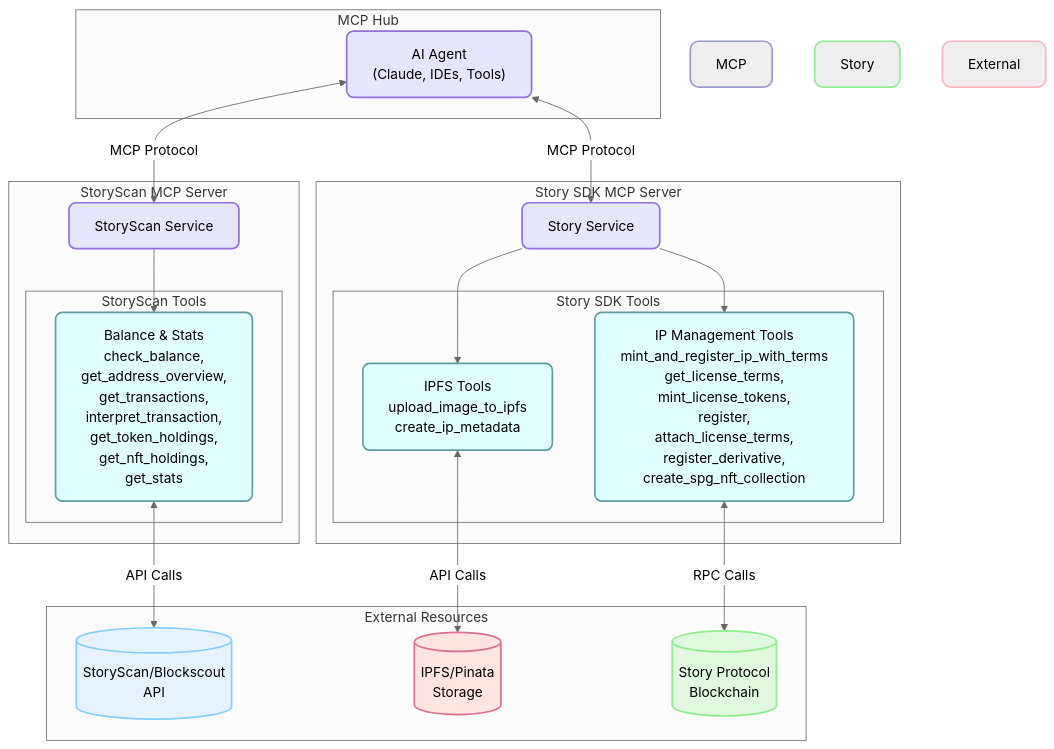
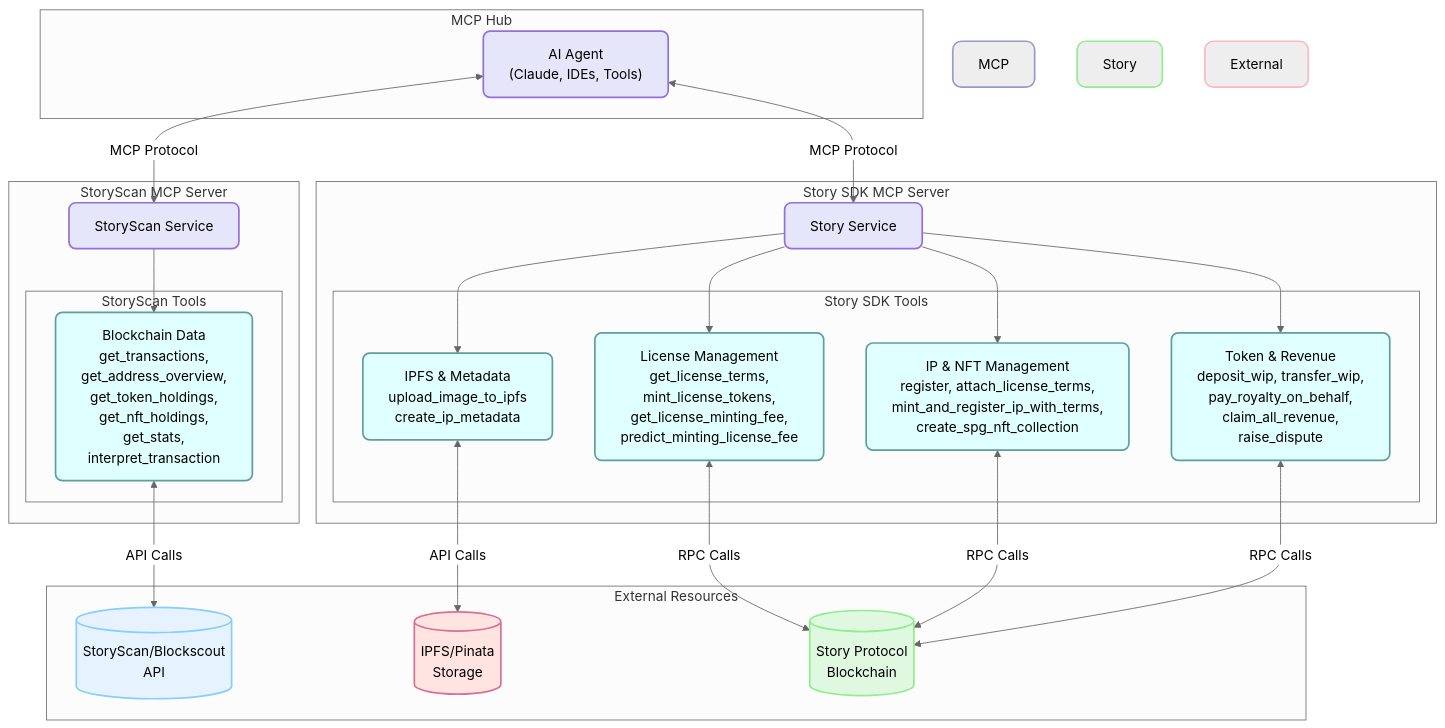
Before and after one commit to piplabs/story-mcp-hub: the diagram in README.md, drawn with Mermaid (neutral theme). The commit also changed other lines of this file, not shown here.

````diff
--- a/README.md
+++ b/README.md
@@ -18,54 +18,62 @@
 ```mermaid
 graph TD
     subgraph "MCP Hub"
         style MCP Hub fill:#F5F5FF,stroke:#9999CC,stroke-width:2px,rx:10,ry:10
         Agent["AI Agent<br>(Claude, IDEs, Tools)"]
         style Agent fill:#E6E6FA,stroke:#9370DB,stroke-width:2px,rx:8,ry:8
     end
 
     subgraph "StoryScan MCP Server"
         style StoryScan MCP Server fill:#F0F8FF,stroke:#87CEFA,stroke-width:2px,rx:10,ry:10
         StoryscanService["StoryScan Service"]
         style StoryscanService fill:#E6E6FA,stroke:#9370DB,stroke-width:2px,rx:8,ry:8
 
         subgraph "StoryScan Tools"
             style StoryScan Tools fill:#F0FFFF,stroke:#5F9EA0,stroke-width:2px,rx:10,ry:10
-            StoryscanToolset["Balance & Stats<br>check_balance,<br>get_address_overview,<br>get_transactions,<br>interpret_transaction,<br>get_token_holdings,<br>get_nft_holdings,<br>get_stats"]
+            StoryscanToolset["Blockchain Data<br>get_transactions,<br>get_address_overview,<br>get_token_holdings,<br>get_nft_holdings,<br>get_stats,<br>interpret_transaction"]
             style StoryscanToolset fill:#E0FFFF,stroke:#5F9EA0,stroke-width:2px,rx:8,ry:8
         end
     end
 
     subgraph "Story SDK MCP Server"
         style Story SDK MCP Server fill:#F5FFFA,stroke:#98FB98,stroke-width:2px,rx:10,ry:10
         StoryService["Story Service"]
         style StoryService fill:#E6E6FA,stroke:#9370DB,stroke-width:2px,rx:8,ry:8
 
         subgraph "Story SDK Tools"
             style Story SDK Tools fill:#F0FFF0,stroke:#90EE90,stroke-width:2px,rx:10,ry:10
-            IPFSTools["IPFS Tools<br>upload_image_to_ipfs<br>create_ip_metadata"]
+            IPFSTools["IPFS & Metadata<br>upload_image_to_ipfs<br>create_ip_metadata"]
             style IPFSTools fill:#E0FFFF,stroke:#5F9EA0,stroke-width:2px,rx:8,ry:8
-            IPTools["IP Management Tools<br>mint_and_register_ip_with_terms<br>get_license_terms,<br>mint_license_tokens,<br>register,<br>attach_license_terms,<br>register_derivative,<br>create_spg_nft_collection"]
+            LicenseTools["License Management<br>get_license_terms,<br>mint_license_tokens,<br>get_license_minting_fee,<br>predict_minting_license_fee"]
+            style LicenseTools fill:#E0FFFF,stroke:#5F9EA0,stroke-width:2px,rx:8,ry:8
+            IPTools["IP & NFT Management<br>register, attach_license_terms,<br>mint_and_register_ip_with_terms,<br>create_spg_nft_collection"]
             style IPTools fill:#E0FFFF,stroke:#5F9EA0,stroke-width:2px,rx:8,ry:8
+            TokenTools["Token & Revenue<br>deposit_wip, transfer_wip,<br>pay_royalty_on_behalf,<br>claim_all_revenue,<br>raise_dispute"]
+            style TokenTools fill:#E0FFFF,stroke:#5F9EA0,stroke-width:2px,rx:8,ry:8
         end
     end
 
     subgraph "External Resources"
         style External Resources fill:#FFF0F5,stroke:#FFB6C1,stroke-width:2px,rx:10,ry:10
         IPFS[(IPFS/Pinata<br>Storage)]
         style IPFS fill:#FFE4E1,stroke:#DB7093,stroke-width:2px,rx:15,ry:15
         Blockchain[(Story Protocol<br>Blockchain)]
         style Blockchain fill:#E0F8E0,stroke:#90EE90,stroke-width:2px,rx:15,ry:15
         StoryScan[(StoryScan/Blockscout<br>API)]
         style StoryScan fill:#E6F3FF,stroke:#87CEFA,stroke-width:2px,rx:15,ry:15
     end
 
     Agent <--MCP Protocol--> StoryService
     Agent <--MCP Protocol--> StoryscanService
     StoryscanService --> StoryscanToolset
     StoryService --> IPFSTools
+    StoryService --> LicenseTools
     StoryService --> IPTools
+    StoryService --> TokenTools
 
     StoryscanToolset <--API Calls--> StoryScan
     IPFSTools <--API Calls--> IPFS
+    LicenseTools <--RPC Calls--> Blockchain
     IPTools <--RPC Calls--> Blockchain
+    TokenTools <--RPC Calls--> Blockchain
 ```
````
